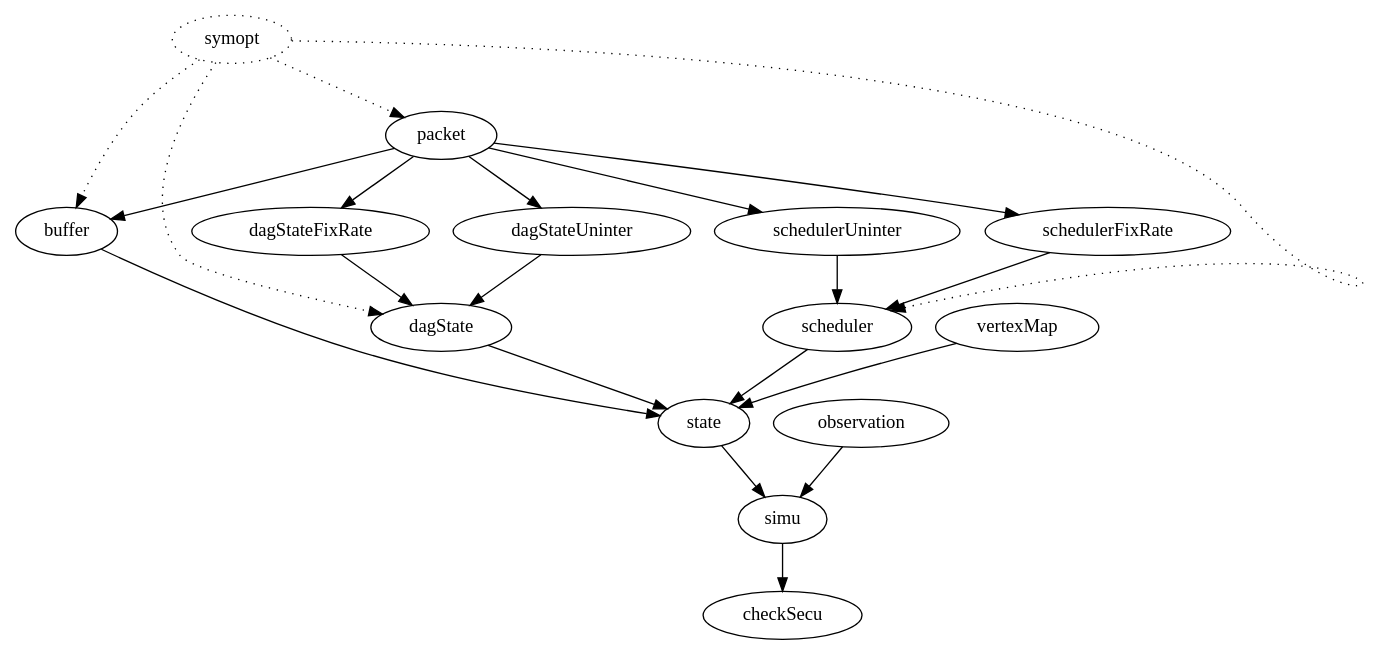
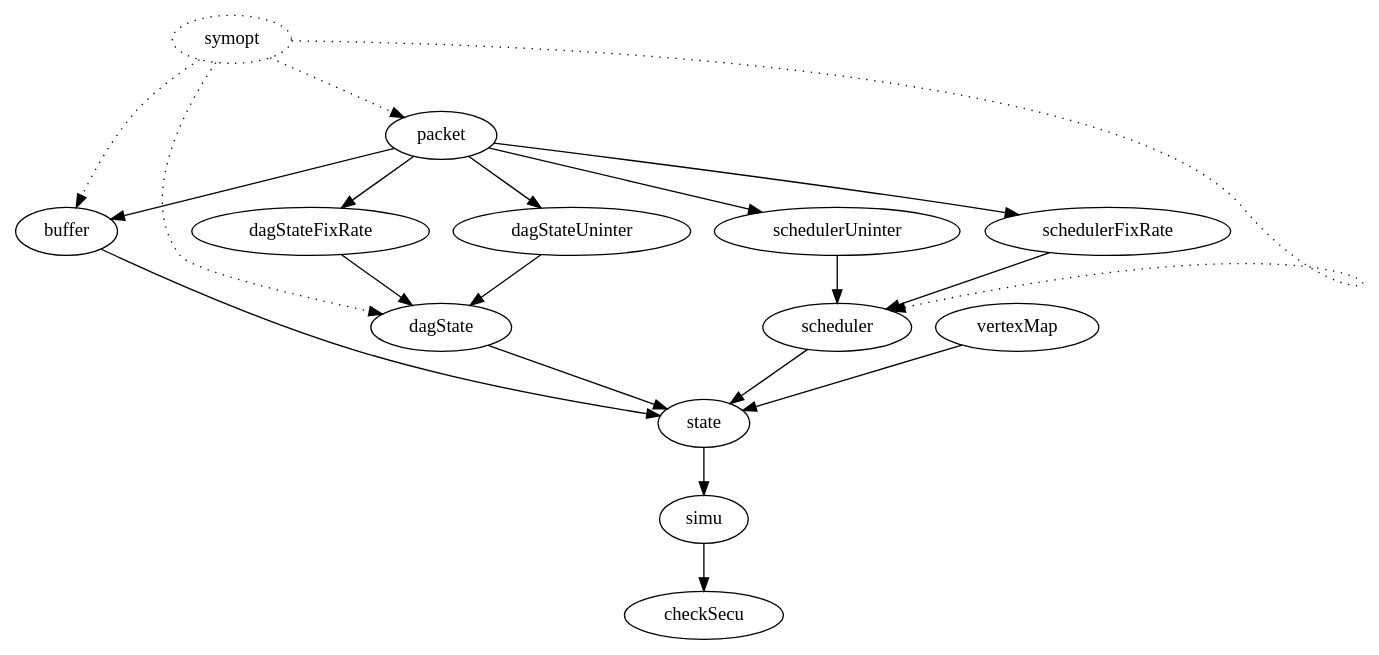
One commit to CSAIL-Arch-Sec/DAGguise-verification changed the diagram in doc/fileHierarchy.gv. Above: the diagram before and after it, drawn with Graphviz. The commit also changed 5 other files, not shown here.

```diff
--- a/doc/fileHierarchy.gv
+++ b/doc/fileHierarchy.gv
@@ -1,32 +1,31 @@
 digraph G {
 
   "symopt" [style="dotted"];
   "symopt" -> "packet" [style="dotted"];
   "symopt" -> "buffer" [style="dotted"];
   "symopt" -> "dagState" [style="dotted"];
   "symopt" -> "scheduler" [style="dotted"];
 
 
   "packet" -> "buffer";
   "packet" -> "dagStateFixRate";
   "packet" -> "dagStateUninter";
   "packet" -> "schedulerFixRate";
   "packet" -> "schedulerUninter";
 
   "schedulerFixRate" -> "scheduler";
   "schedulerUninter" -> "scheduler";
 
   "dagStateFixRate" -> "dagState";
   "dagStateUninter" -> "dagState";
   
 
   "dagState" -> "state";
   "buffer" -> "state";
   "vertexMap" -> "state";
   "scheduler" -> "state";
 
   "state" -> "simu";
-  "observation" -> "simu";
 
   "simu" -> "checkSecu";
 }
```
